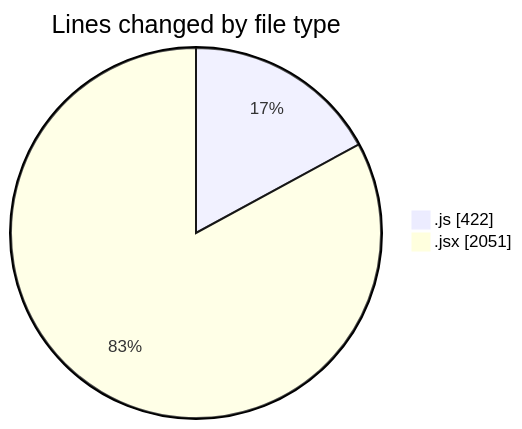
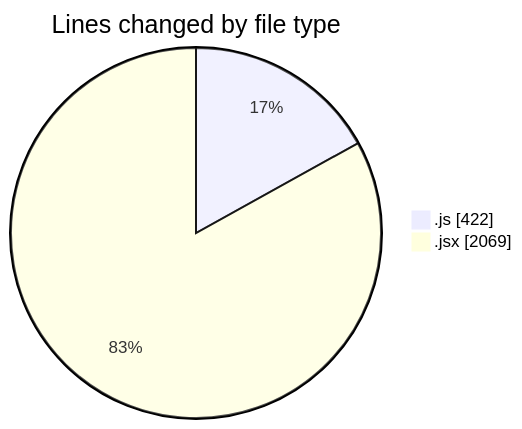
The first of 2 diagrams in 2025-08-28/nxtqube_webapp/README.md (nxtqubesakshisongat/code-tracking), drawn with Mermaid before and after one commit. The commit also changed other lines of this file and 1 other file, not shown here.

````diff
--- a/2025-08-28/nxtqube_webapp/README.md
+++ b/2025-08-28/nxtqube_webapp/README.md
@@ -25,6 +25,6 @@
 ```mermaid
 pie showData
 title Lines changed by file type
 ".js" : 422
-".jsx" : 2051
+".jsx" : 2069
 ```
````
